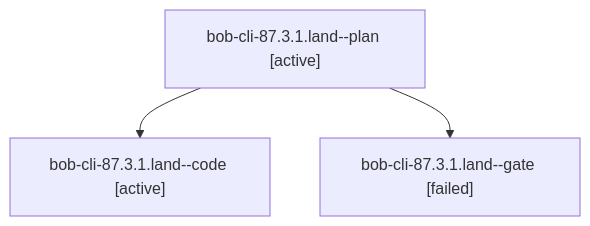
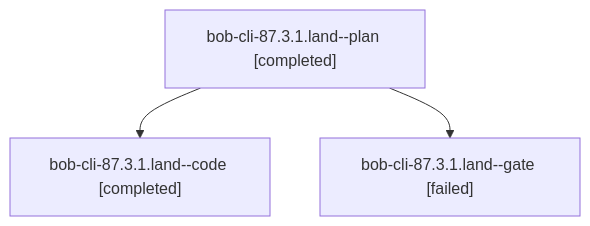
One commit to bobs-org/bob-cli--agents changed the diagram in sessions/bbugyi200.athena.bob-cli-87.3.1.land.md. Above: the diagram before and after it, drawn with Mermaid. The commit also changed other lines of this file and 116 other files, not shown here.

````diff
--- a/sessions/bbugyi200.athena.bob-cli-87.3.1.land.md
+++ b/sessions/bbugyi200.athena.bob-cli-87.3.1.land.md
@@ -9,8 +9,8 @@
 ```mermaid
 flowchart TD
-  n0["bob-cli-87.3.1.land--plan [active]"]
-  n1["bob-cli-87.3.1.land--code [active]"]
+  n0["bob-cli-87.3.1.land--plan [completed]"]
+  n1["bob-cli-87.3.1.land--code [completed]"]
   n0 --> n1
   n2["bob-cli-87.3.1.land--gate [failed]"]
   n0 --> n2
 ```
````
